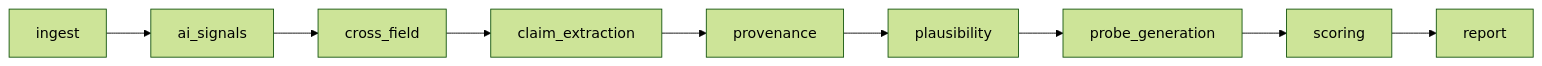
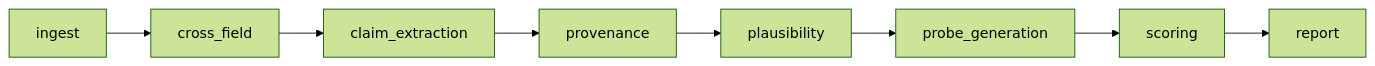
Before and after one commit to RevanParimi/ResumeFilter: the diagram in FLOW.md, drawn with Mermaid (forest theme). The commit also changed other lines of this file and 38 other files, not shown here.

````diff
--- a/FLOW.md
+++ b/FLOW.md
@@ -27,5 +17,5 @@
 ```mermaid
 flowchart LR
-    ingest --> ai_signals --> cross_field --> claim_extraction --> provenance
+    ingest --> cross_field --> claim_extraction --> provenance
     provenance --> plausibility --> probe_generation --> scoring --> report
 ```
````
